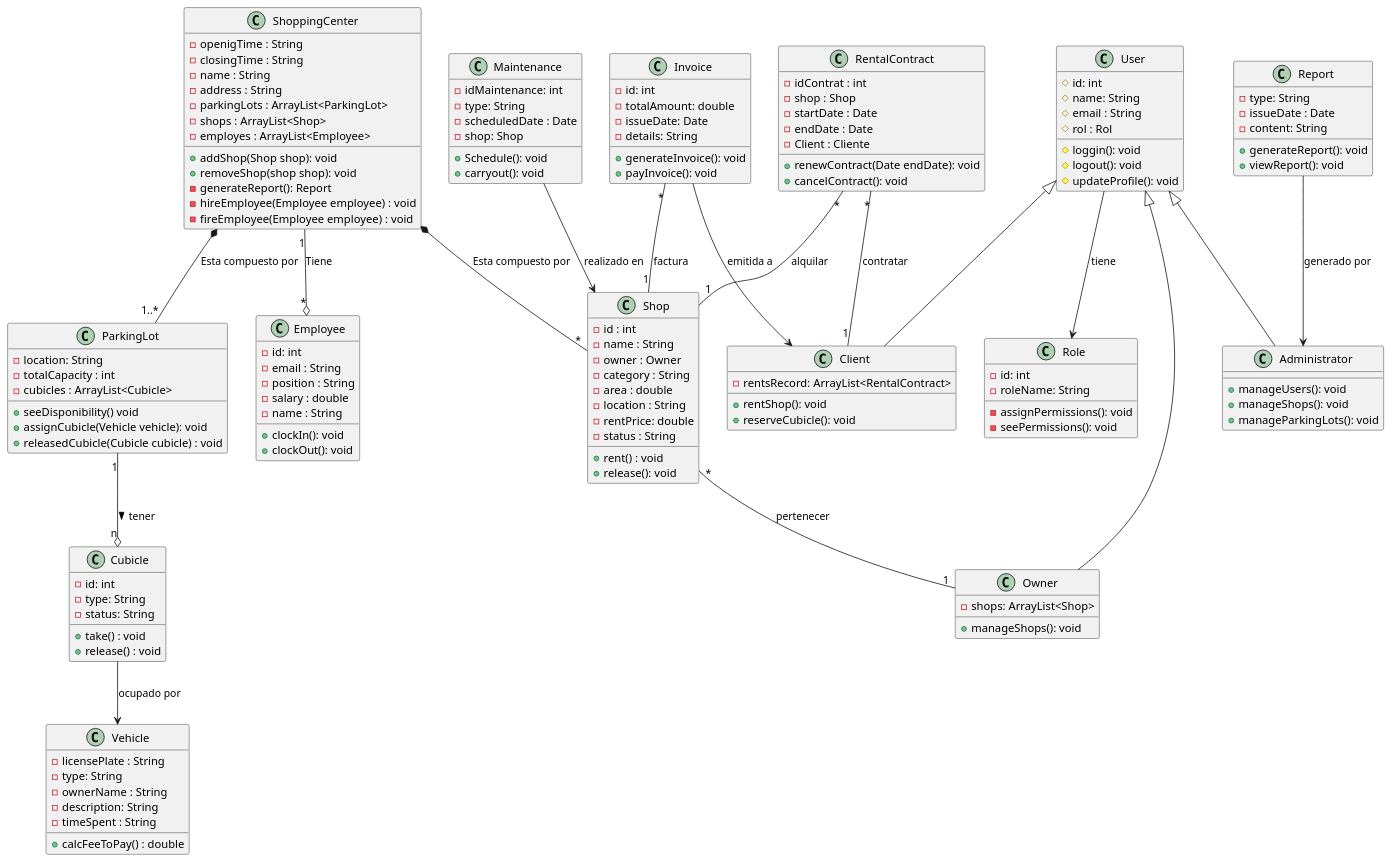
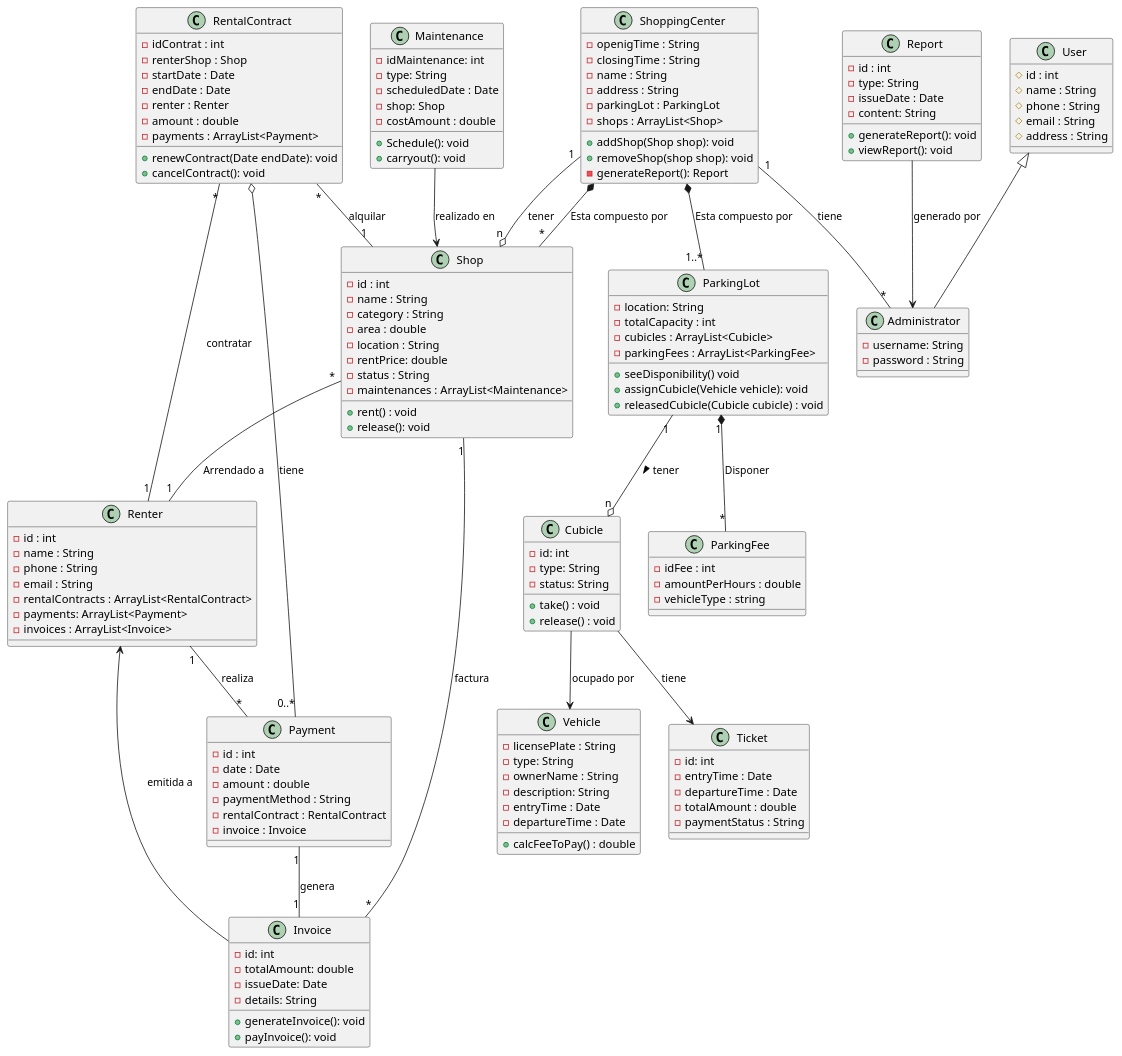
The diagram in src/co/edu/unicolombo/s3/poo/GestionCentroComercial/docs/DiagramasClases.puml (cleymeravilaa/Gestion-Centro-Comercial), drawn with PlantUML before and after one commit. The commit also changed 23 other files, not shown here.

```diff
--- a/src/co/edu/unicolombo/s3/poo/GestionCentroComercial/docs/DiagramasClases.puml
+++ b/src/co/edu/unicolombo/s3/poo/GestionCentroComercial/docs/DiagramasClases.puml
@@ -6,26 +6,24 @@
     - closingTime : String
     - name : String
     - address : String
-    - parkingLots : ArrayList<ParkingLot>
+    - parkingLot : ParkingLot
     - shops : ArrayList<Shop>
-    - employes : ArrayList<Employee>
     + addShop(Shop shop): void
     + removeShop(shop shop): void
     - generateReport(): Report
-    - hireEmployee(Employee employee) : void
-    - fireEmployee(Employee employee) : void
 }
 
+' Entidades Gestion Locales
 'Local
 class Shop {
     - id : int
     - name : String 
-    - owner : Owner
     - category : String 
     - area : double
     - location : String
     - rentPrice: double
     - status : String
+    - maintenances : ArrayList<Maintenance>
     + rent() : void 
     + release(): void
 }
@@ -33,19 +31,76 @@
 ' Contrato Alquiler
 class RentalContract {
     - idContrat : int
-    - shop : Shop
+    - renterShop : Shop
     - startDate : Date
     - endDate : Date
-    - Client : Cliente
+    - renter : Renter
+    - amount : double
+    - payments : ArrayList<Payment>
     + renewContract(Date endDate): void
     + cancelContract(): void
 }
 
+' Pagos
+class Payment {
+    - id : int
+    - date : Date
+    - amount : double
+    - paymentMethod : String
+    - rentalContract : RentalContract
+    - invoice : Invoice
+}
+
+' Arrendatario
+class Renter {
+    - id : int
+    - name : String
+    - phone : String
+    - email : String
+    - rentalContracts : ArrayList<RentalContract>
+    - payments: ArrayList<Payment>
+    - invoices : ArrayList<Invoice>
+}
+
+' Factura
+class Invoice {
+    - id: int
+    - totalAmount: double 
+    - issueDate: Date
+    - details: String
+    + generateInvoice(): void
+    + payInvoice(): void
+}
+
+' Reporte
+class Report {
+    ' tipo: General, Pagos, Facturas, arrendatario, Local, contrato, Mantenimiento
+    - id : int
+    - type: String 
+    - issueDate : Date
+    - content: String
+    + generateReport(): void
+    + viewReport(): void
+}
+
+' Mantenimiento
+class Maintenance {
+    - idMaintenance: int
+    - type: String
+    - scheduledDate : Date
+    - shop: Shop
+    - costAmount : double
+    + Schedule(): void
+    + carryout(): void
+}
+
+' Entidades Gestion Parqueadero
 'Parqueadero
 class ParkingLot {
     - location: String
     - totalCapacity : int
     - cubicles : ArrayList<Cubicle>
+    - parkingFees : ArrayList<ParkingFee>
     + seeDisponibility() void
     + assignCubicle(Vehicle vehicle): void
     + releasedCubicle(Cubicle cubicle) : void
@@ -66,107 +121,55 @@
     - type: String
     - ownerName : String
     - description: String
-    - timeSpent : String
+    - entryTime : Date
+    - departureTime : Date
     + calcFeeToPay() : double
 }
 
+
+' Tiket
+class Ticket {
+    - id: int
+    - entryTime : Date
+    - departureTime : Date
+    - totalAmount : double
+    - paymentStatus : String
+}
+
+' Tarifa
+class ParkingFee {
+    - idFee : int
+    - amountPerHours : double
+    - vehicleType : string
+}    
+
 ' Usuario
 class User {
-    # id: int
-    # name: String
+    # id : int
+    # name : String
+    # phone : String
     # email : String
-    # rol : Rol
-    # loggin(): void
-    # logout(): void
-    # updateProfile(): void
+    # address : String
 }
 
-' Propietario
-class Owner {
-    - shops: ArrayList<Shop>
-    + manageShops(): void
+' Administrador 
+class Administrator {
+    - username: String
+    - password : String
 }
-
-' Cliente
-class Client {
-    - rentsRecord: ArrayList<RentalContract>
-    + rentShop(): void
-    + reserveCubicle(): void
-}
-
-' Admin
-class Administrator {
-    + manageUsers(): void
-    + manageShops(): void
-    + manageParkingLots(): void
-}
-
-class Employee {
-    - id: int
-    - email : String
-    - position : String
-    - salary : double
-    - name : String
-    + clockIn(): void
-    + clockOut(): void
-}
-' Rol
-class Role {
-    - id: int
-    - roleName: String
-    - assignPermissions(): void
-    - seePermissions(): void
-}
-
-' Factura
-class Invoice {
-    - id: int
-    - totalAmount: double 
-    - issueDate: Date
-    - details: String
-    + generateInvoice(): void
-    + payInvoice(): void
-}
-
-' Reporte
-class Report {
-    - type: String
-    - issueDate : Date
-    - content: String
-    + generateReport(): void
-    + viewReport(): void
-}
-
-' Mantenimiento
-class Maintenance {
-    - idMaintenance: int
-    - type: String
-    - scheduledDate : Date
-    - shop: Shop
-    + Schedule(): void
-    + carryout(): void
-}
-
-
 ' Relaciones 
 
 ' Herencia
-User <|-- Owner 
 User <|-- Administrator 
-User <|-- Client
 
 ' Asociacion
-Shop "*" -- "1" Owner : pertenecer
+Shop "*" -- "1" Renter : Arrendado a
 RentalContract "*" -- "1" Shop : alquilar
-RentalContract "*" -- "1" Client : contratar
-ParkingLot "1" --o "n" Cubicle: tener >
-' Relación entre Cubicle y Vehicle
-Cubicle --> Vehicle : "ocupado por"
+RentalContract "*" -- "1" Renter : contratar
 
-' Relación entre Usuario y Rol
-User --> Role : "tiene"
+
 ' Relación entre Invoice y Client
-Invoice --> Client : "emitida a"
+Invoice --> Renter : "emitida a"
 
 Invoice "*" -- "1" Shop: factura
 
@@ -176,9 +179,24 @@
 ' Relación entre Mantenimiento y Shop
 Maintenance --> Shop : "realizado en"
 
+RentalContract o-- "0..*" Payment : tiene
+
+Payment "1" -- "1" Invoice : genera
+
+Renter "1" -- "*" Payment : realiza
+
+
+' Relación entre Cubicle y Vehicle
+Cubicle --> Vehicle : "ocupado por"
+Cubicle --> Ticket : tiene
+
 
 ' Composicion
+ParkingLot "1" --o "n" Cubicle: tener >
+ParkingLot "1" *-- "*" ParkingFee : Disponer
+ShoppingCenter "1" --o "n" Shop : tener
 ShoppingCenter *-- "*" Shop : Esta compuesto por
 ShoppingCenter *-- "1..*" ParkingLot : Esta compuesto por
-ShoppingCenter "1" --o "*" Employee : Tiene
+ShoppingCenter "1" -- "*" Administrator : tiene
+
 @enduml
```
